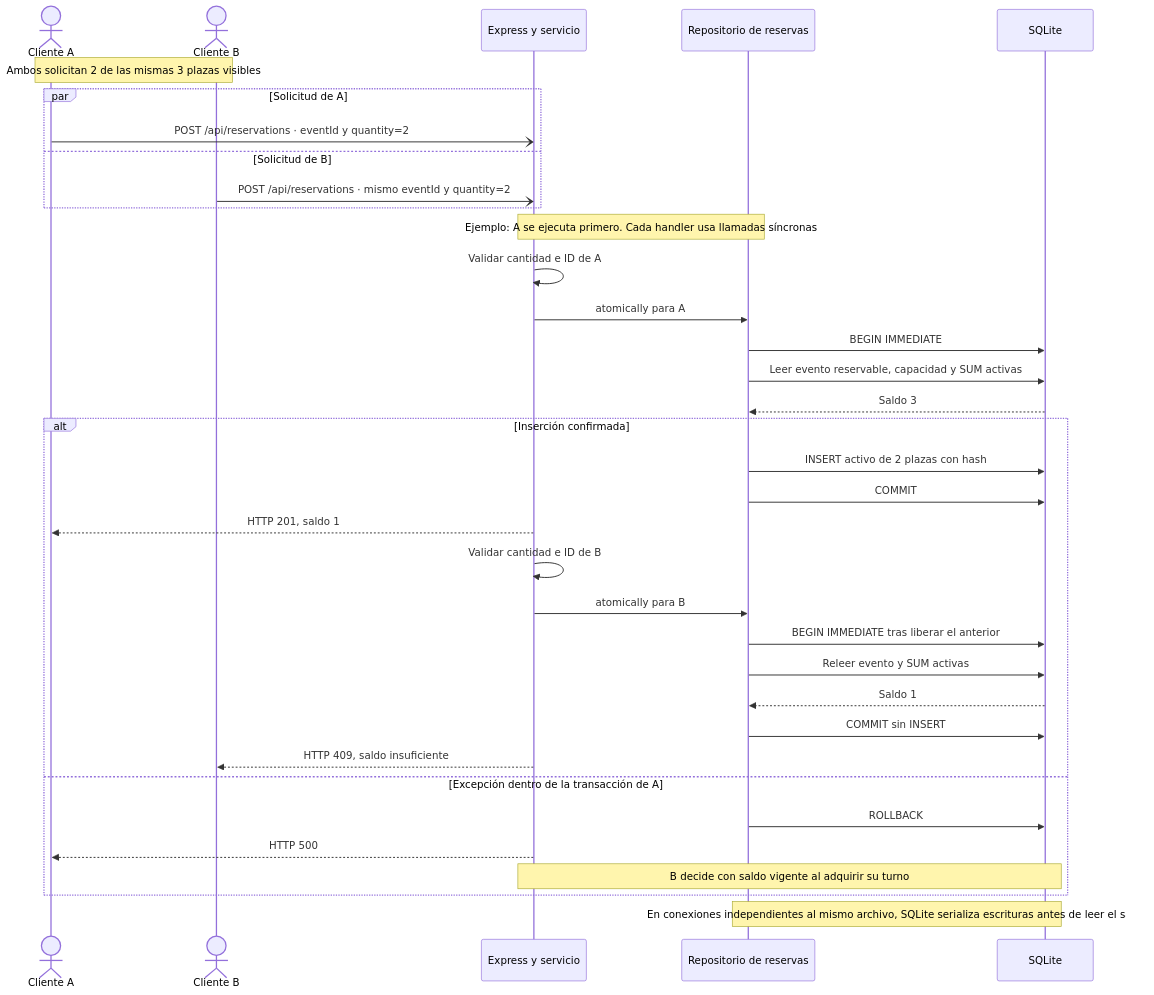
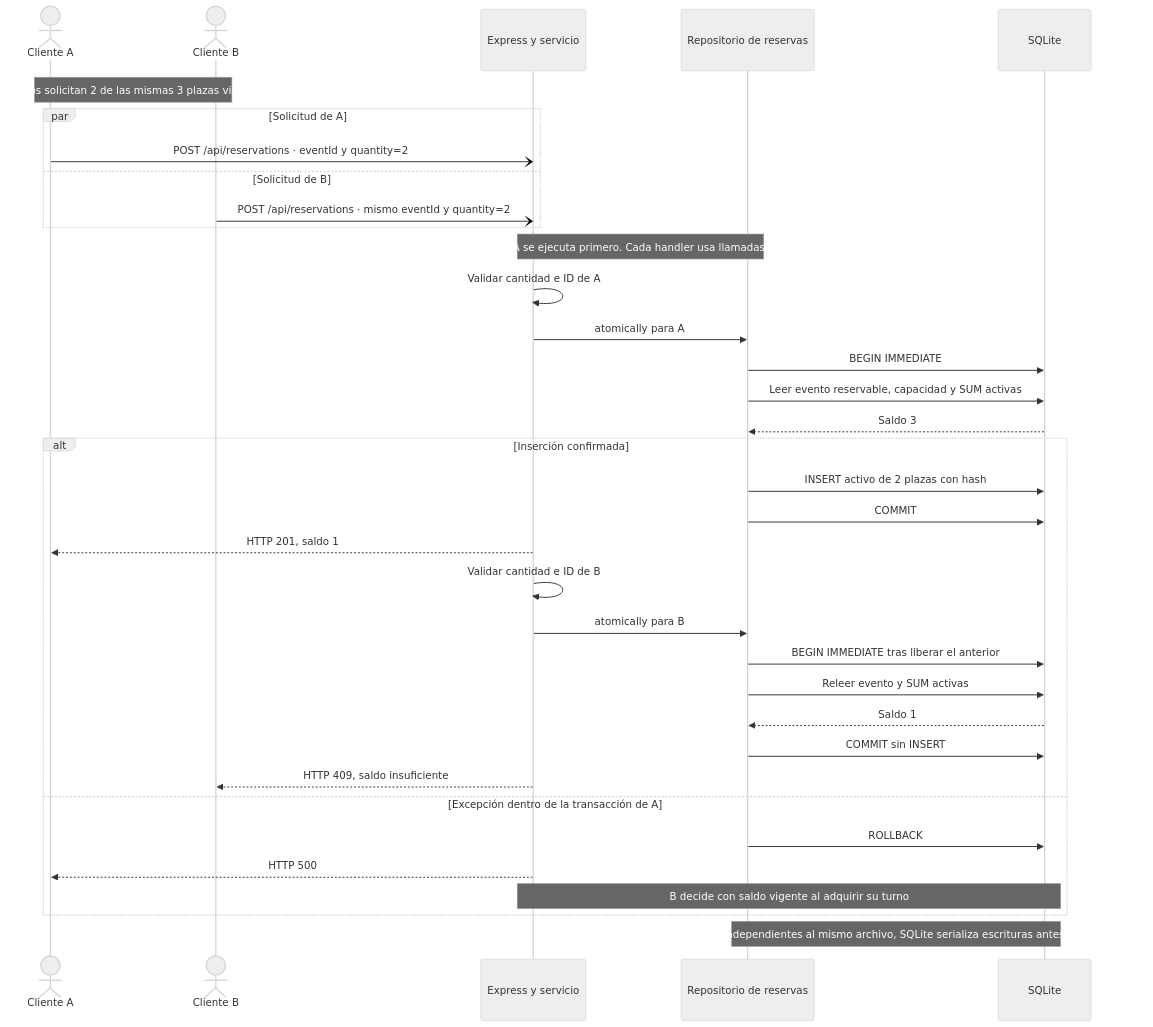
The diagram in docs/architecture/03-vista-procesos/secuencias/TEC-01-reservas-concurrentes.md (magomez36/FIAVL_Arquitectura-de-Software), drawn with Mermaid before and after one commit. The commit also changed 143 other files, not shown here.

Commit message:
docs(architecture): simplifica documentacion y corrige exportacion completa del PDF

````diff
--- a/docs/architecture/03-vista-procesos/secuencias/TEC-01-reservas-concurrentes.md
+++ b/docs/architecture/03-vista-procesos/secuencias/TEC-01-reservas-concurrentes.md
@@ -7,37 +7,44 @@
 ```mermaid
+---
+config:
+  theme: neutral
+  sequence:
+    height: 96
+    width: 145
+---
 sequenceDiagram
 actor A as Cliente A
 actor B as Cliente B
 participant H as Express y servicio
 participant R as Repositorio de reservas
 participant D as SQLite
 Note over A,B: Ambos solicitan 2 de las mismas 3 plazas visibles
 par Solicitud de A
   A-)H: POST /api/reservations · eventId y quantity=2
 and Solicitud de B
   B-)H: POST /api/reservations · mismo eventId y quantity=2
 end
 Note over H,R: Ejemplo: A se ejecuta primero. Cada handler usa llamadas síncronas
 H->>H: Validar cantidad e ID de A
 H->>R: atomically para A
 R->>D: BEGIN IMMEDIATE
 R->>D: Leer evento reservable, capacidad y SUM activas
 D-->>R: Saldo 3
 alt Inserción confirmada
   R->>D: INSERT activo de 2 plazas con hash
   R->>D: COMMIT
   H-->>A: HTTP 201, saldo 1
   H->>H: Validar cantidad e ID de B
   H->>R: atomically para B
   R->>D: BEGIN IMMEDIATE tras liberar el anterior
   R->>D: Releer evento y SUM activas
   D-->>R: Saldo 1
   R->>D: COMMIT sin INSERT
   H-->>B: HTTP 409, saldo insuficiente
 else Excepción dentro de la transacción de A
   R->>D: ROLLBACK
   H-->>A: HTTP 500
   Note over H,D: B decide con saldo vigente al adquirir su turno
 end
 Note over R,D: En conexiones independientes al mismo archivo, SQLite serializa escrituras antes de leer el saldo
 ```
````
